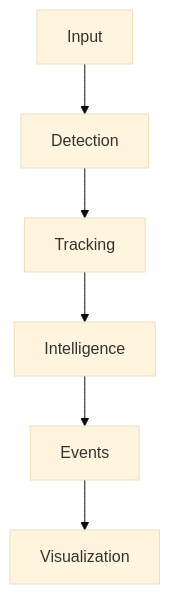
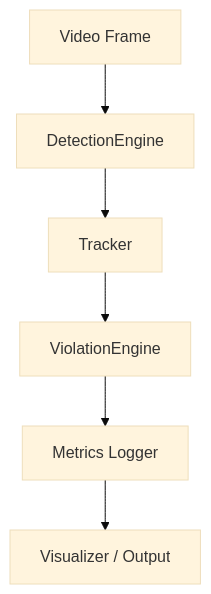
Before and after one commit to VisionExpo/traffyx-ai: the diagram in README.md, drawn with Mermaid (base theme). The commit also changed other lines of this file and 4 other files, not shown here.

````diff
--- a/README.md
+++ b/README.md
@@ -107,8 +61,8 @@
 ```mermaid
 graph TD
-    A[Input] --> B[Detection]
-    B --> C[Tracking]
-    C --> D[Intelligence]
-    D --> E[Events]
-    E --> F[Visualization]
+    A[Video Frame] --> B[DetectionEngine]
+    B --> C[Tracker]
+    C --> D[ViolationEngine]
+    D --> E[Metrics Logger]
+    E --> F[Visualizer / Output]
 ```
````
